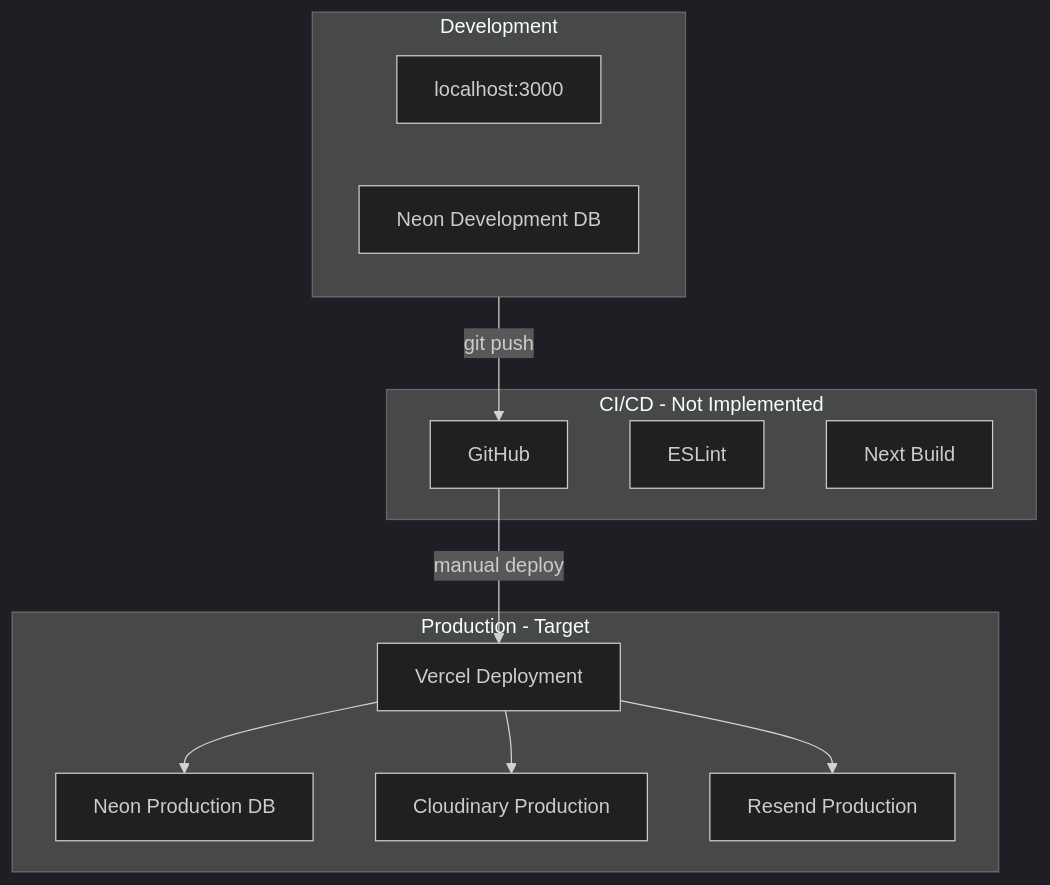
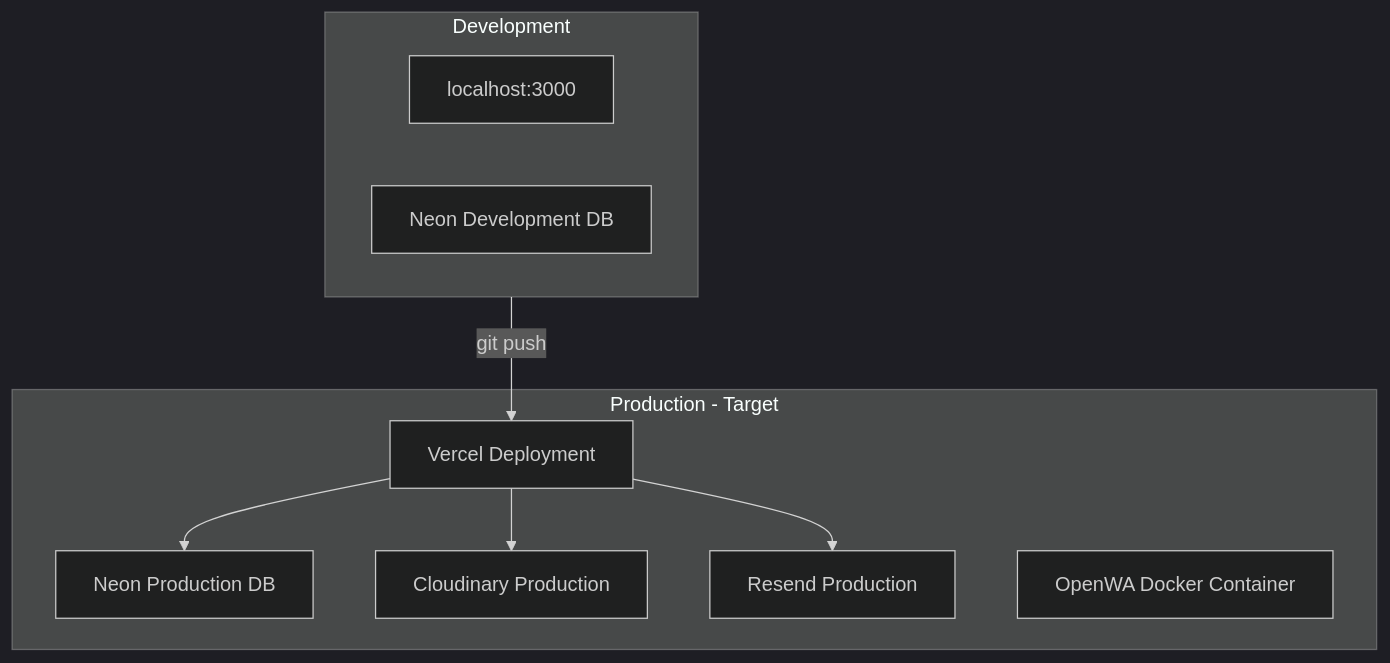
One commit to NadeemAhmad007/nadur changed the eighth of 8 diagrams in docs/SYSTEM_ARCHITECTURE.md. Above: the diagram before and after it, drawn with Mermaid (dark theme). The commit also changed other lines of this file and 79 other files, not shown here.

````diff
--- a/docs/SYSTEM_ARCHITECTURE.md
+++ b/docs/SYSTEM_ARCHITECTURE.md
@@ -359,26 +329,20 @@
 ```mermaid
 graph TB
     subgraph Dev [Development]
         DEV[localhost:3000]
         DB_DEV[Neon Development DB]
     end
 
-    subgraph CI [CI/CD - Not Implemented]
-        GH[GitHub]
-        LINT[ESLint]
-        BUILD[Next Build]
-    end
-
     subgraph Prod [Production - Target]
         VERCEL[Vercel Deployment]
         DB_PROD[Neon Production DB]
         CL_PROD[Cloudinary Production]
         RESEND_PROD[Resend Production]
+        OWA[OpenWA Docker Container]
     end
 
-    Dev -->|git push| GH
-    GH -->|manual deploy| VERCEL
+    Dev -->|git push| VERCEL
     VERCEL --> DB_PROD
     VERCEL --> CL_PROD
     VERCEL --> RESEND_PROD
 ```
````
